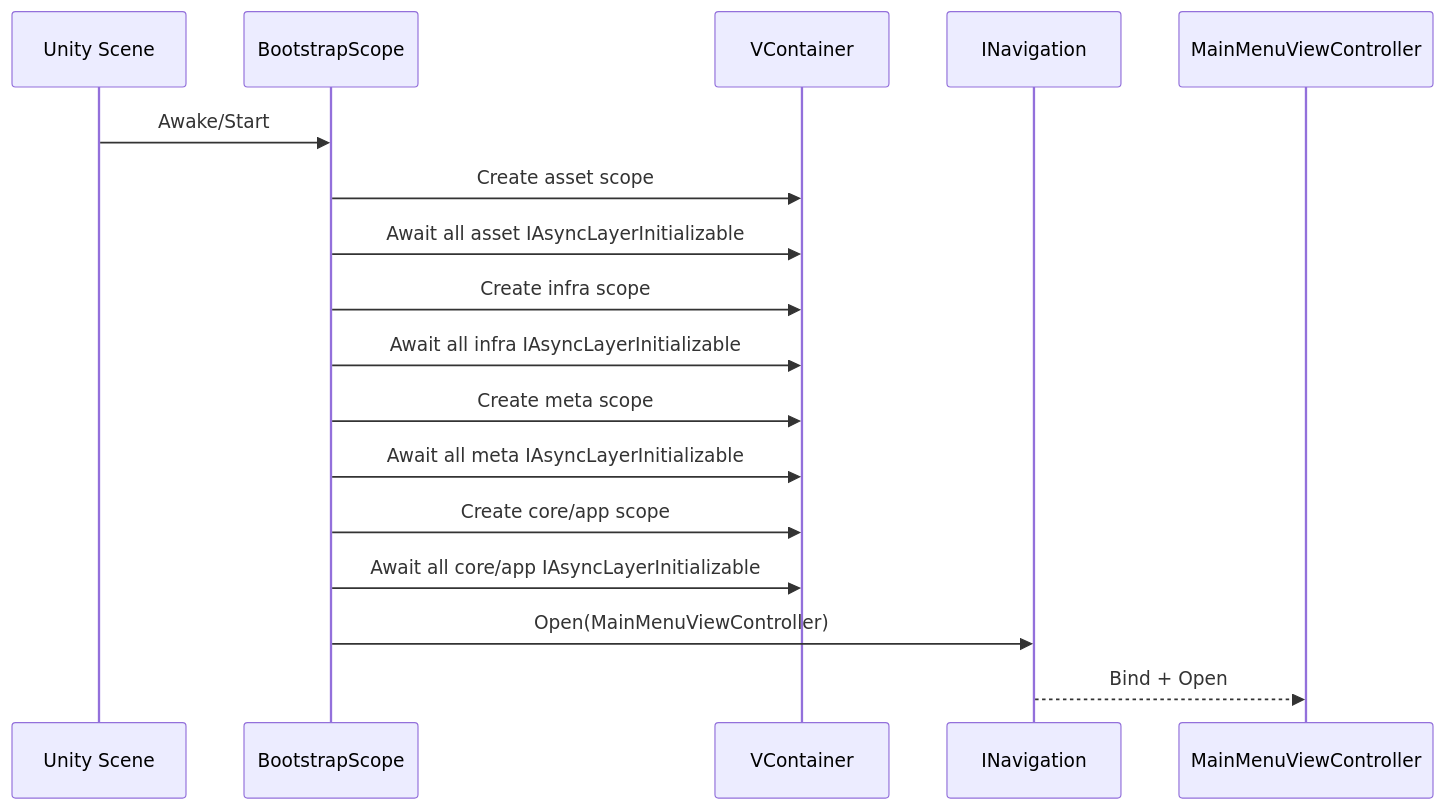
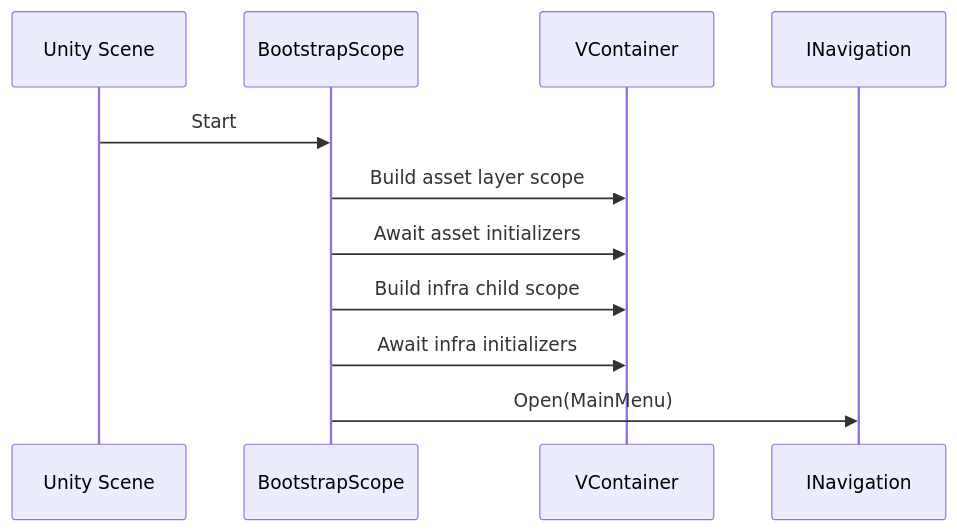
Before and after one commit to MgCohen/Madbox: the diagram in Docs/App/Bootstrap.md, drawn with Mermaid. The commit also changed other lines of this file and 31 other files, not shown here.

````diff
--- a/Docs/App/Bootstrap.md
+++ b/Docs/App/Bootstrap.md
@@ -42,20 +37,14 @@
 ```mermaid
 sequenceDiagram
   participant Scene as Unity Scene
   participant Boot as BootstrapScope
   participant DI as VContainer
   participant Nav as INavigation
-  participant Menu as MainMenuViewController
 
-  Scene->>Boot: Awake/Start
-  Boot->>DI: Create asset scope
-  Boot->>DI: Await all asset IAsyncLayerInitializable
-  Boot->>DI: Create infra scope
-  Boot->>DI: Await all infra IAsyncLayerInitializable
-  Boot->>DI: Create meta scope
-  Boot->>DI: Await all meta IAsyncLayerInitializable
-  Boot->>DI: Create core/app scope
-  Boot->>DI: Await all core/app IAsyncLayerInitializable
-  Boot->>Nav: Open(MainMenuViewController)
-  Nav-->>Menu: Bind + Open
+  Scene->>Boot: Start
+  Boot->>DI: Build asset layer scope
+  Boot->>DI: Await asset initializers
+  Boot->>DI: Build infra child scope
+  Boot->>DI: Await infra initializers
+  Boot->>Nav: Open(MainMenu)
 ```
````
